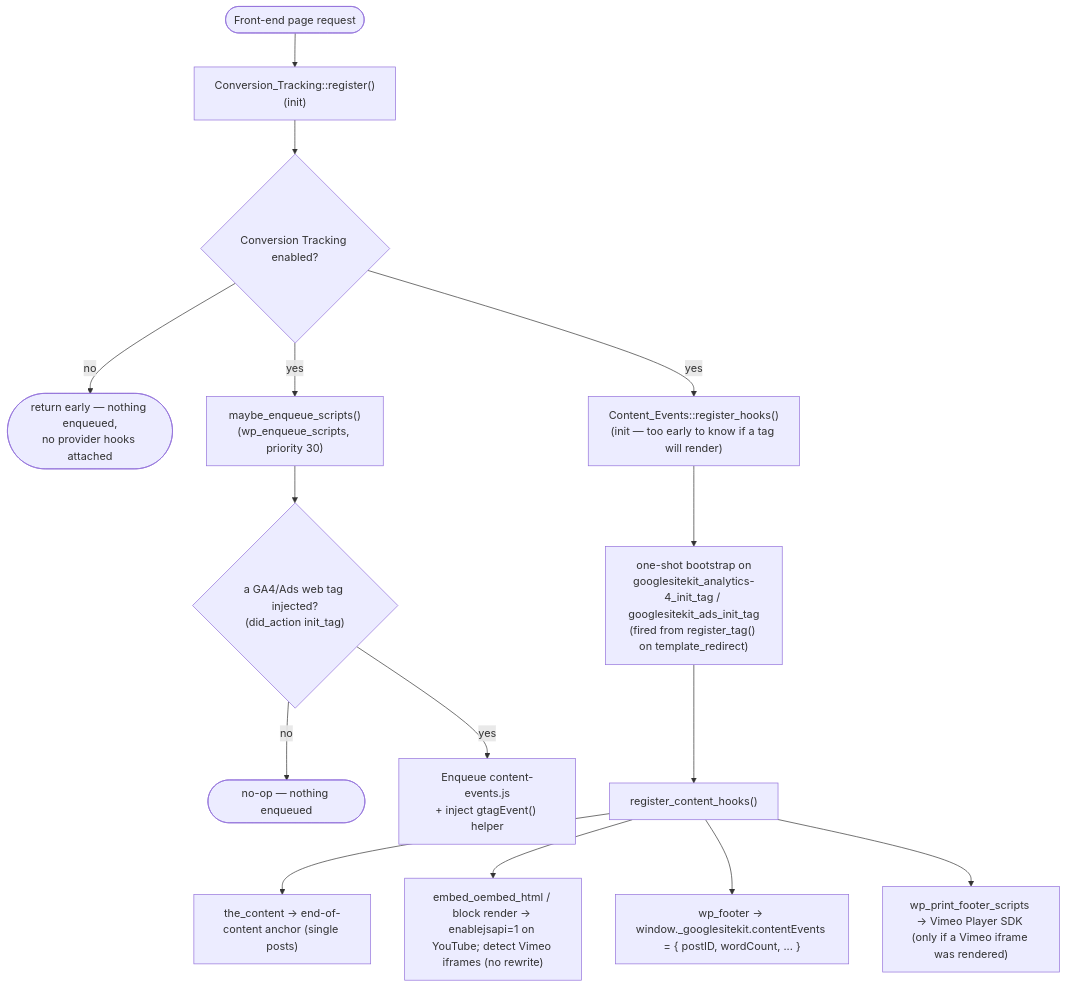
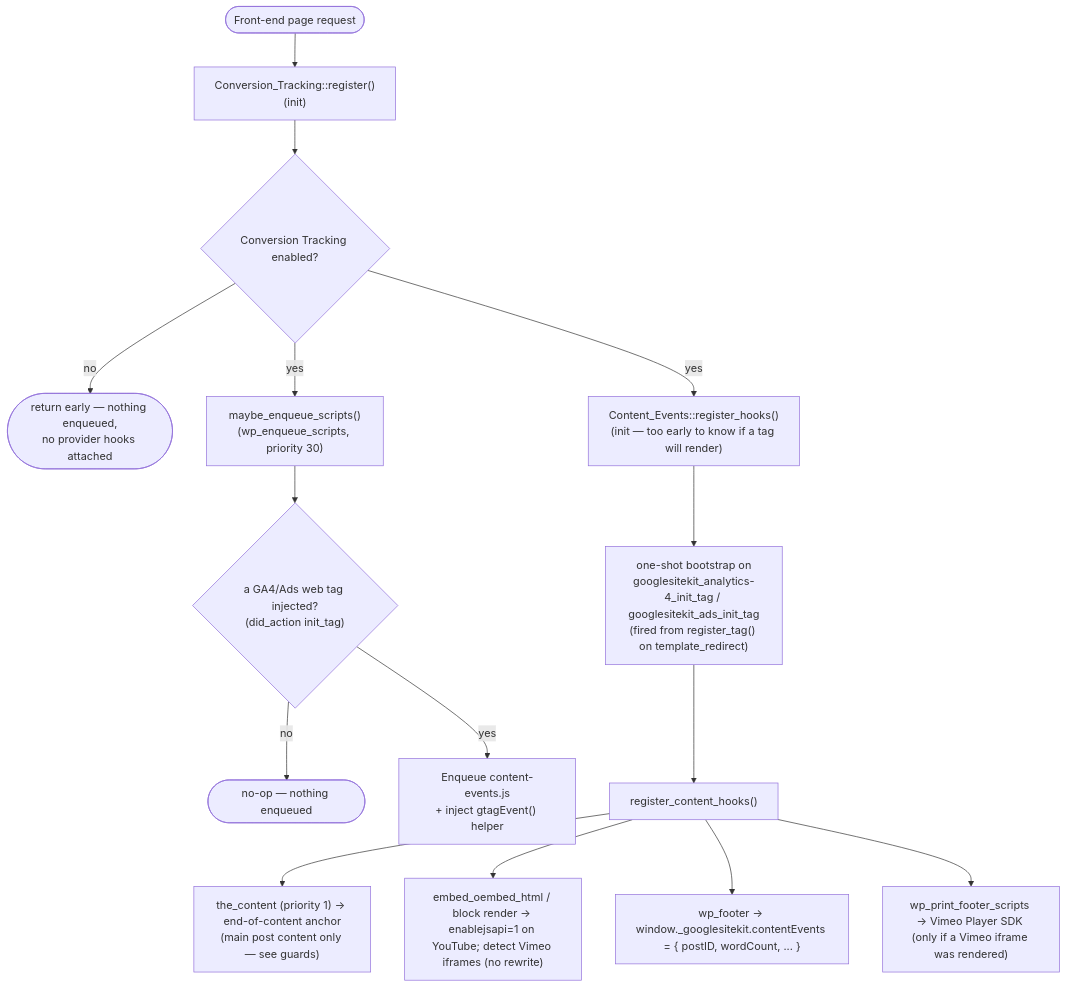
Before and after one commit to google/site-kit-wp: the first of 2 diagrams in docs/epics/extend-event-tracking/design-doc.md, drawn with Mermaid. The commit also changed other lines of this file, not shown here.

Commit message:
Refine end-of-content anchor implementation and enhance reading-time tracking logic.

````diff
--- a/docs/epics/extend-event-tracking/design-doc.md
+++ b/docs/epics/extend-event-tracking/design-doc.md
@@ -54,21 +54,21 @@
 ```mermaid
 flowchart TD
     REQ(["Front-end page request"])
 
     REQ --> REG["Conversion_Tracking::register()<br/>(init)"]
     REG --> GATE{"Conversion Tracking enabled?"}
     GATE -->|no| STOP(["return early — nothing enqueued,<br/>no provider hooks attached"])
 
     GATE -->|yes| MES["maybe_enqueue_scripts()<br/>(wp_enqueue_scripts, priority 30)"]
     MES --> PRE{"a GA4/Ads web tag injected?<br/>(did_action init_tag)"}
     PRE -->|no| STOP2(["no-op — nothing enqueued"])
     PRE -->|yes| ENQ["Enqueue content-events.js<br/>+ inject gtagEvent() helper"]
 
     GATE -->|yes| HOOKS["Content_Events::register_hooks()<br/>(init — too early to know if a tag will render)"]
     HOOKS --> BOOT["one-shot bootstrap on<br/>googlesitekit_analytics-4_init_tag / googlesitekit_ads_init_tag<br/>(fired from register_tag() on template_redirect)"]
     BOOT --> ADD["register_content_hooks()"]
-    ADD --> H1["the_content → end-of-content anchor (single posts)"]
+    ADD --> H1["the_content (priority 1) → end-of-content anchor<br/>(main post content only — see guards)"]
     ADD --> H2["embed_oembed_html / block render → enablejsapi=1 on YouTube; detect Vimeo iframes (no rewrite)"]
     ADD --> H3["wp_footer → window._googlesitekit.contentEvents = { postID, wordCount, ... }"]
     ADD --> H4["wp_print_footer_scripts → Vimeo Player SDK (only if a Vimeo iframe was rendered)"]
 ```
````
